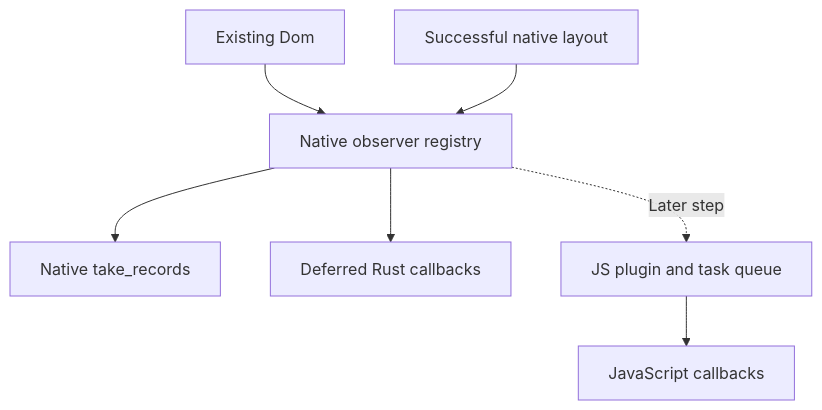
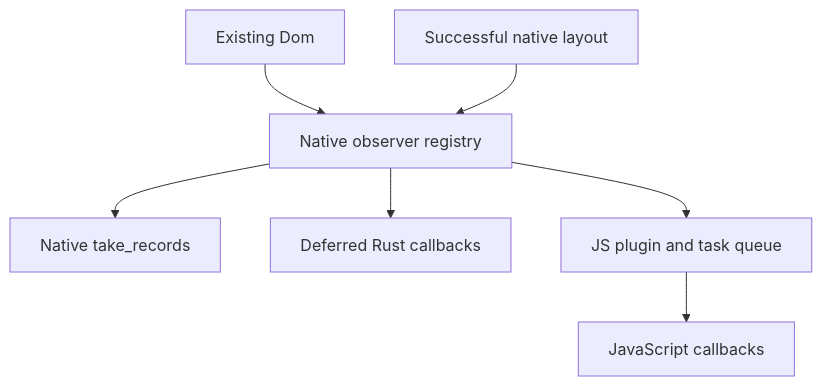
Before and after one commit to bloodnighttw/burokku: the diagram in docs/resize_observer_proposal.md, drawn with Mermaid. The commit also changed other lines of this file and 6 other files, not shown here.

````diff
--- a/docs/resize_observer_proposal.md
+++ b/docs/resize_observer_proposal.md
@@ -128,9 +128,9 @@
 ```mermaid
 flowchart TD
     Dom[Existing Dom] --> Registry[Native observer registry]
     Layout[Successful native layout] --> Registry
     Registry --> Records[Native take_records]
     Registry --> Native[Deferred Rust callbacks]
-    Registry -. Later step .-> Plugin[JS plugin and task queue]
+    Registry --> Plugin[JS plugin and task queue]
     Plugin --> JS[JavaScript callbacks]
 ```
````
